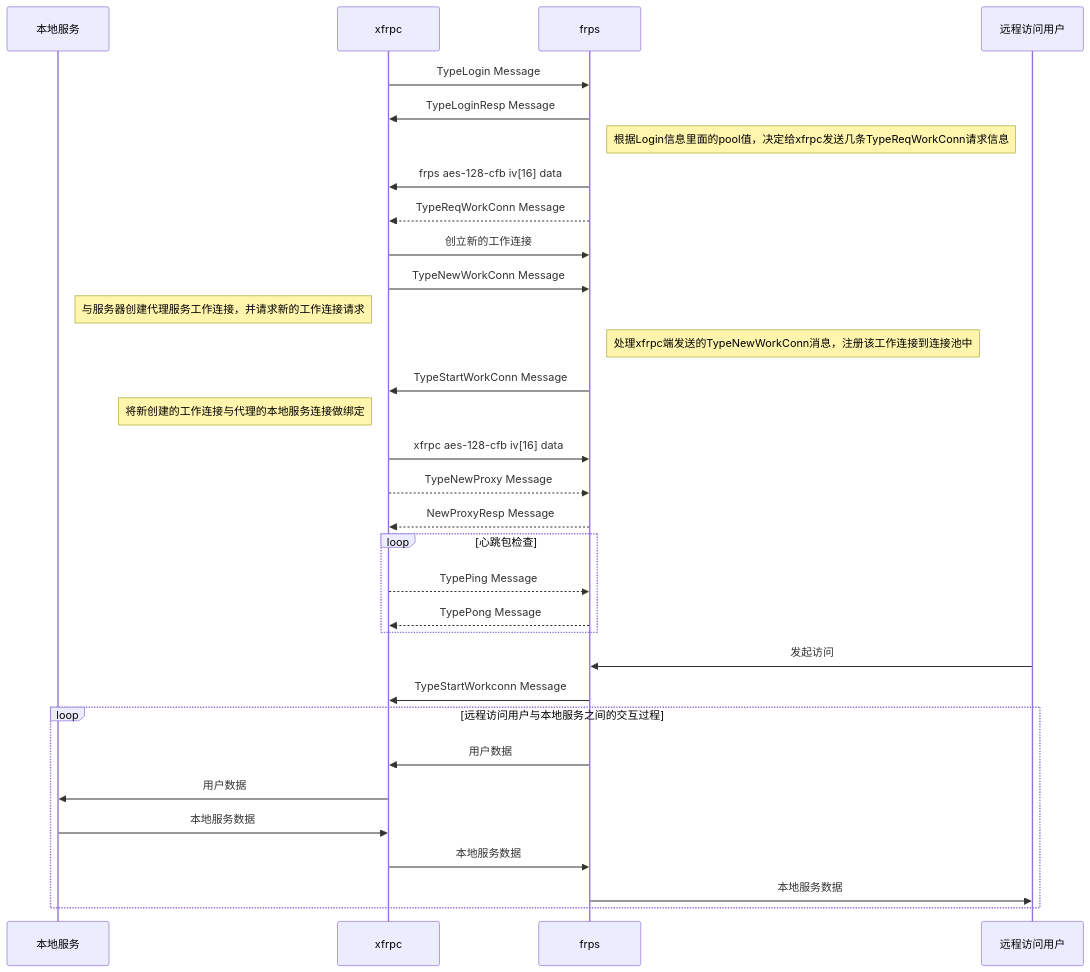
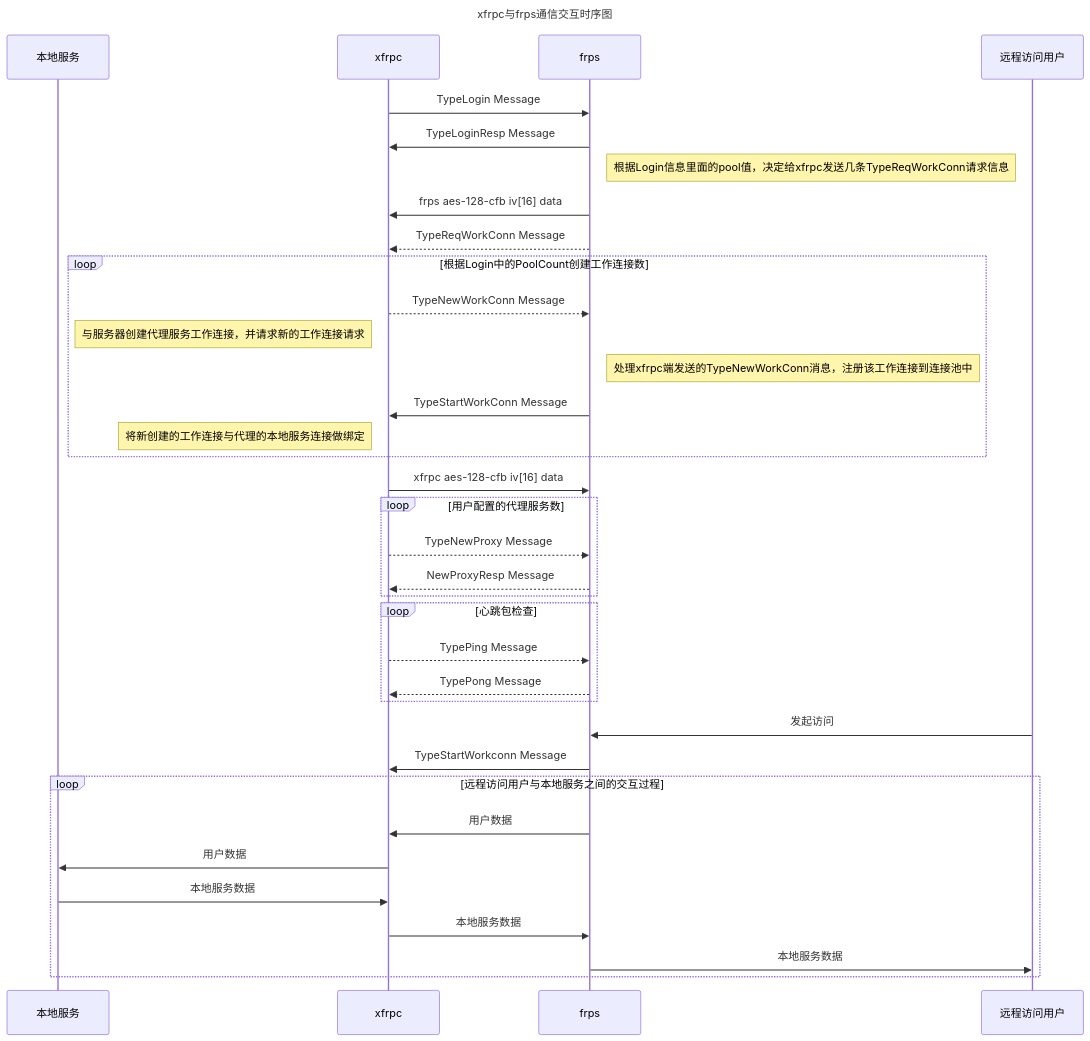
One commit to liudf0716/xfrpc changed the diagram in README.md. Above: the diagram before and after it, drawn with Mermaid.

````diff
--- a/README.md
+++ b/README.md
@@ -37,38 +37,42 @@
 ```mermaid
 sequenceDiagram
+	title:	xfrpc与frps通信交互时序图
 	participant 本地服务
 	participant xfrpc
   participant frps
   participant 远程访问用户
   
   xfrpc ->> frps  : TypeLogin Message
   frps ->> xfrpc  : TypeLoginResp Message
   Note right of frps  : 根据Login信息里面的pool值，决定给xfrpc发送几条TypeReqWorkConn请求信息
   frps ->> xfrpc  : frps aes-128-cfb iv[16] data
   frps -->> xfrpc : TypeReqWorkConn Message
-  xfrpc ->> frps   : 创立新的工作连接
-  xfrpc ->> frps  : TypeNewWorkConn Message
-  Note left of xfrpc  : 与服务器创建代理服务工作连接，并请求新的工作连接请求
-  Note right of frps  : 处理xfrpc端发送的TypeNewWorkConn消息，注册该工作连接到连接池中
-  frps ->> xfrpc  : TypeStartWorkConn Message
-  Note left of xfrpc  : 将新创建的工作连接与代理的本地服务连接做绑定
+	loop 根据Login中的PoolCount创建工作连接数
+  	xfrpc -->> frps  : TypeNewWorkConn Message
+  	Note left of xfrpc  : 与服务器创建代理服务工作连接，并请求新的工作连接请求
+  	Note right of frps  : 处理xfrpc端发送的TypeNewWorkConn消息，注册该工作连接到连接池中
+  	frps ->> xfrpc  : TypeStartWorkConn Message
+  	Note left of xfrpc  : 将新创建的工作连接与代理的本地服务连接做绑定
+	end
   xfrpc ->> frps  : xfrpc aes-128-cfb iv[16] data
-  xfrpc -->> frps : TypeNewProxy Message
-  frps -->> xfrpc : NewProxyResp Message
-  
+  loop 用户配置的代理服务数
+  	xfrpc -->> frps : TypeNewProxy Message
+  	frps -->> xfrpc : NewProxyResp Message
+  end
+	
   loop 心跳包检查
     xfrpc -->> frps : TypePing Message
     frps -->> xfrpc : TypePong Message
   end
   
   远程访问用户 ->> frps   : 发起访问
   frps ->> xfrpc	 : TypeStartWorkconn Message
   loop  远程访问用户与本地服务之间的交互过程
     frps ->> xfrpc         : 用户数据
     xfrpc ->> 本地服务      : 用户数据
     本地服务 ->> xfrpc      : 本地服务数据
     xfrpc ->> frps         : 本地服务数据
     frps  ->> 远程访问用户  : 本地服务数据
   end
   
 ```
````
